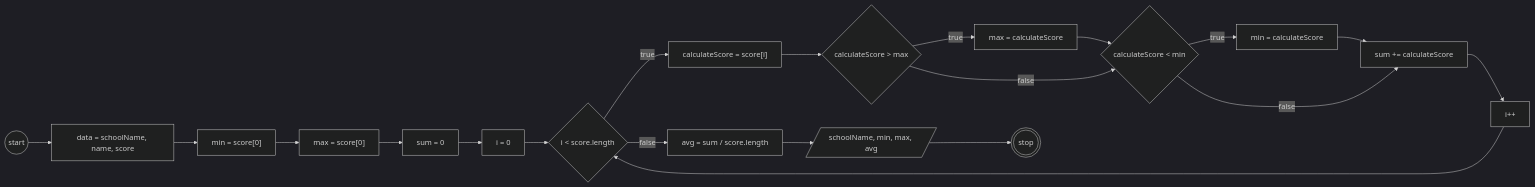
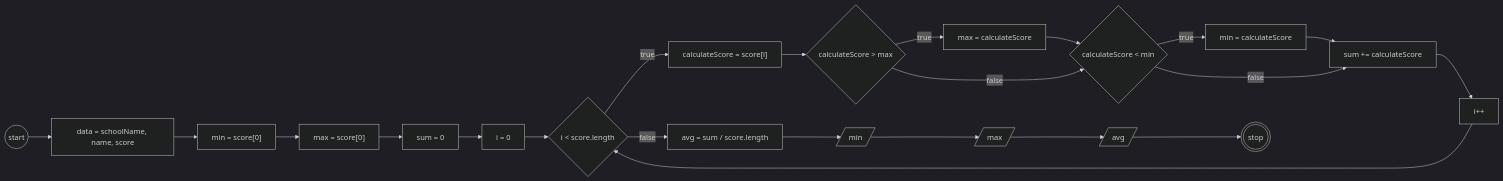
Before and after one commit to aldi-ardyansah/koda-b10-javascript4: the diagram in README.md, drawn with Mermaid (dark theme). The commit also changed 1 other file, not shown here.

````diff
--- a/README.md
+++ b/README.md
@@ -7,40 +7,44 @@
 ```mermaid
 flowchart LR
     A((start))
     B["data = schoolName, name, score"]
     C["min = score[0]"]
     D["max = score[0]"]
     E["sum = 0"]
     F["i = 0"]
     G{"i < score.length"}
     H["calculateScore = score[i]"]
     I{"calculateScore > max"}
     J["max = calculateScore"]
     K{"calculateScore < min"}
     L["min = calculateScore"]
     M["sum += calculateScore"]
     N["i++"]
     O["avg = sum / score.length"]
-    P[/schoolName, min, max, avg/]
+    P[/min/]
+    Q[/max/]
+    R[/avg/]
     Z(((stop)))
 
     A --> B
     B --> C
     C --> D
     D --> E
     E --> F
     F --> G
     G -- true --> H
     H --> I
     I -- true --> J
     I -- false --> K
     J --> K
     K -- true --> L
     K -- false --> M
     L --> M
     M --> N
     N --> G
     G -- false --> O
     O --> P
-    P --> Z
+    P --> Q
+    Q --> R
+    R --> Z
 ```
````
